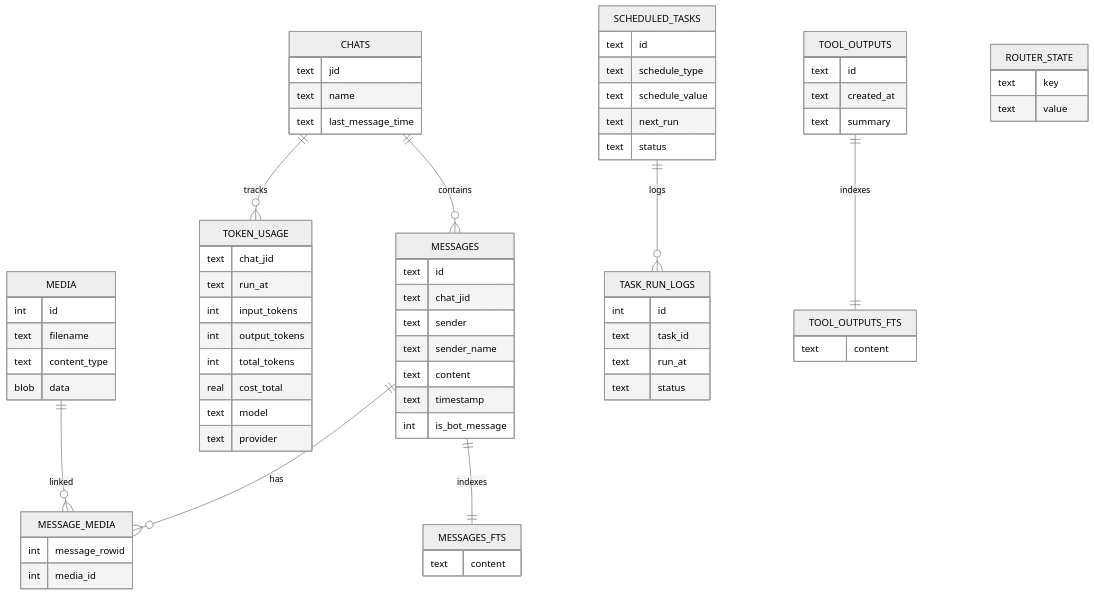
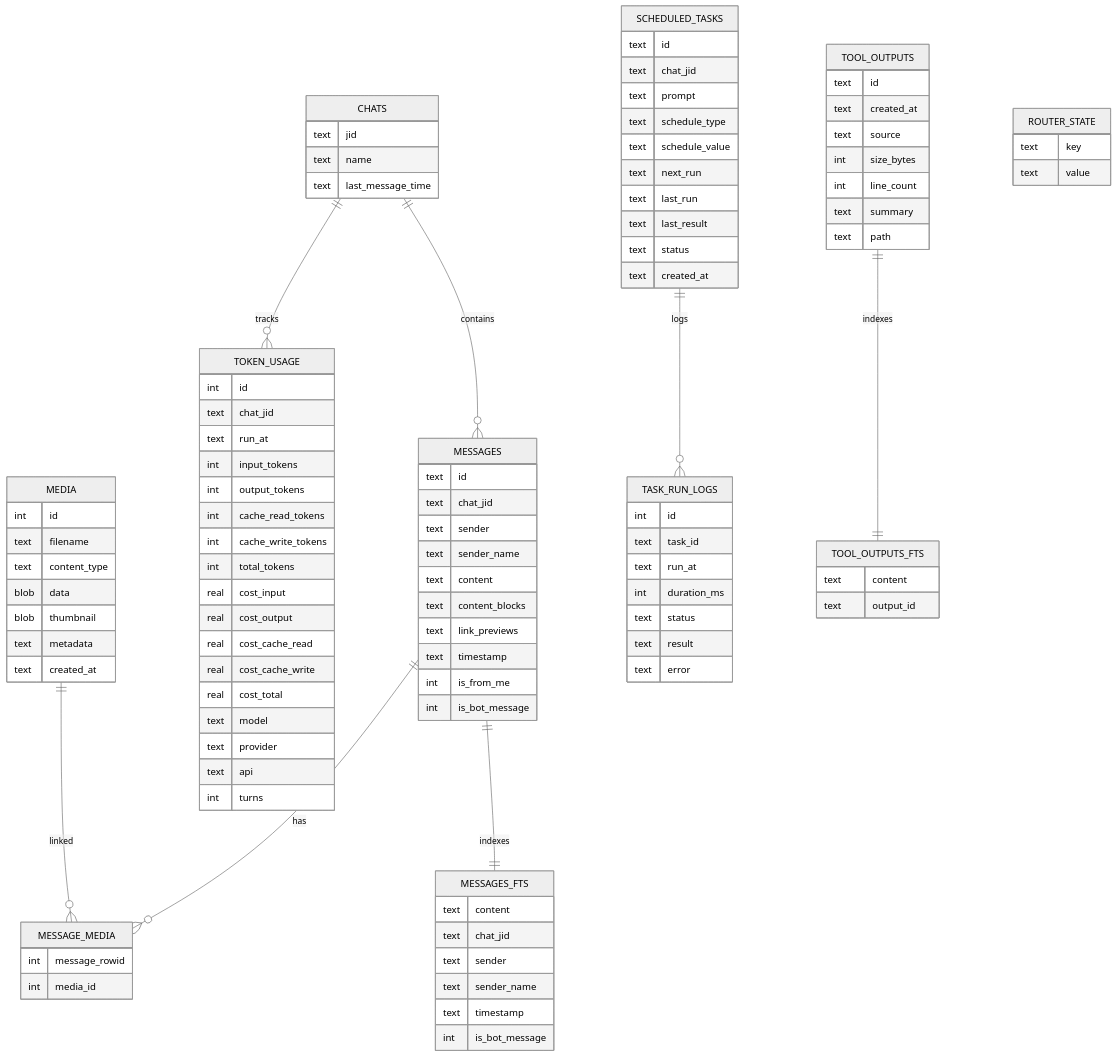
Before and after one commit to Lingzo/piclaw: the diagram in docs/storage.md, drawn with Mermaid (neutral theme).

Commit message:
Complete storage entity map

```diff
--- a/docs/storage.md
+++ b/docs/storage.md
@@ -45,11 +45,19 @@
     text sender
     text sender_name
     text content
+    text content_blocks
+    text link_previews
     text timestamp
+    int is_from_me
     int is_bot_message
   }
   MESSAGES_FTS {
     text content
+    text chat_jid
+    text sender
+    text sender_name
+    text timestamp
+    int is_bot_message
   }
   MESSAGE_MEDIA {
     int message_rowid
@@ -60,37 +68,62 @@
     text filename
     text content_type
     blob data
+    blob thumbnail
+    text metadata
+    text created_at
   }
   SCHEDULED_TASKS {
     text id
+    text chat_jid
+    text prompt
     text schedule_type
     text schedule_value
     text next_run
+    text last_run
+    text last_result
     text status
+    text created_at
   }
   TASK_RUN_LOGS {
     int id
     text task_id
     text run_at
+    int duration_ms
     text status
+    text result
+    text error
   }
   TOKEN_USAGE {
+    int id
     text chat_jid
     text run_at
     int input_tokens
     int output_tokens
+    int cache_read_tokens
+    int cache_write_tokens
     int total_tokens
+    real cost_input
+    real cost_output
+    real cost_cache_read
+    real cost_cache_write
     real cost_total
     text model
     text provider
+    text api
+    int turns
   }
   TOOL_OUTPUTS {
     text id
     text created_at
+    text source
+    int size_bytes
+    int line_count
     text summary
+    text path
   }
   TOOL_OUTPUTS_FTS {
     text content
+    text output_id
   }
   ROUTER_STATE {
     text key
```
